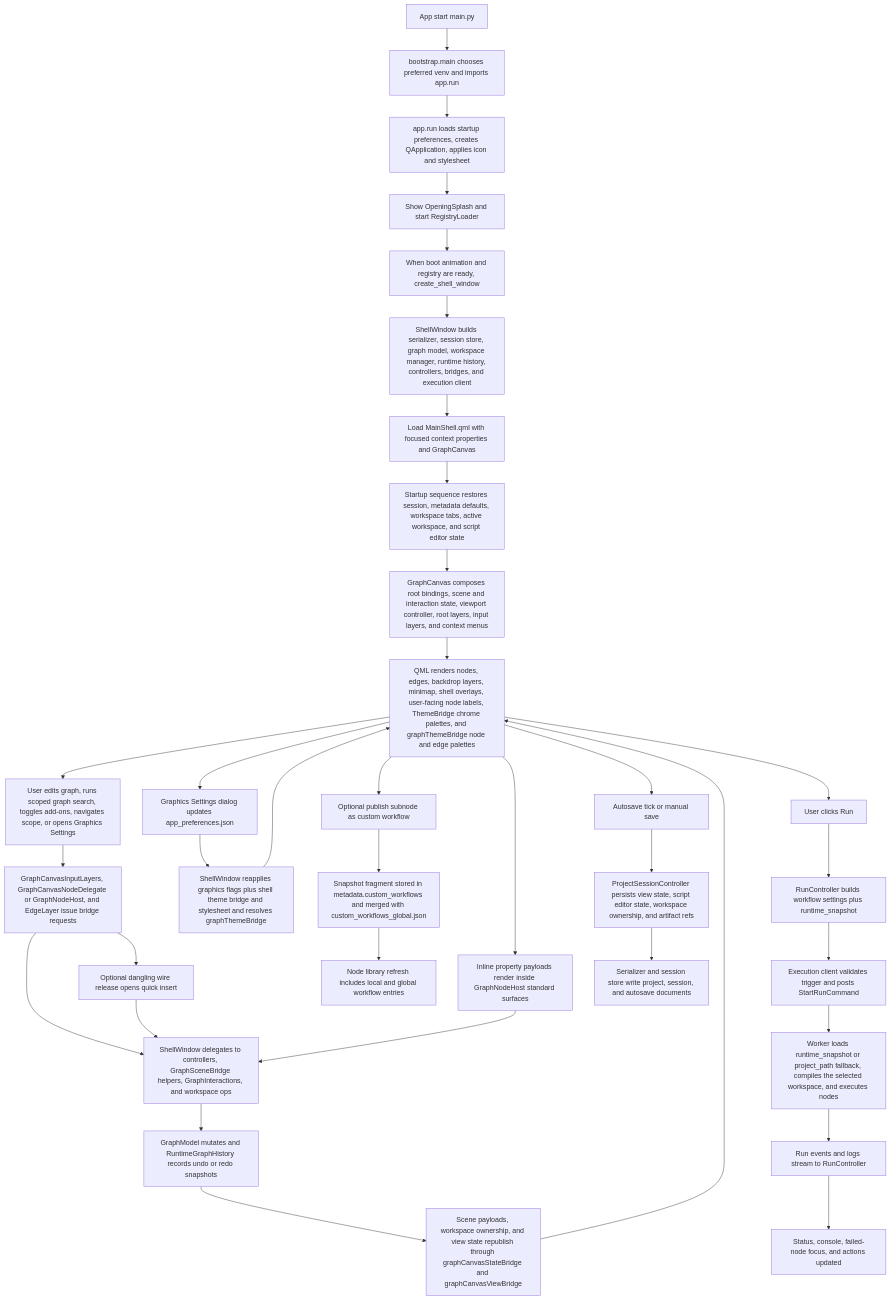
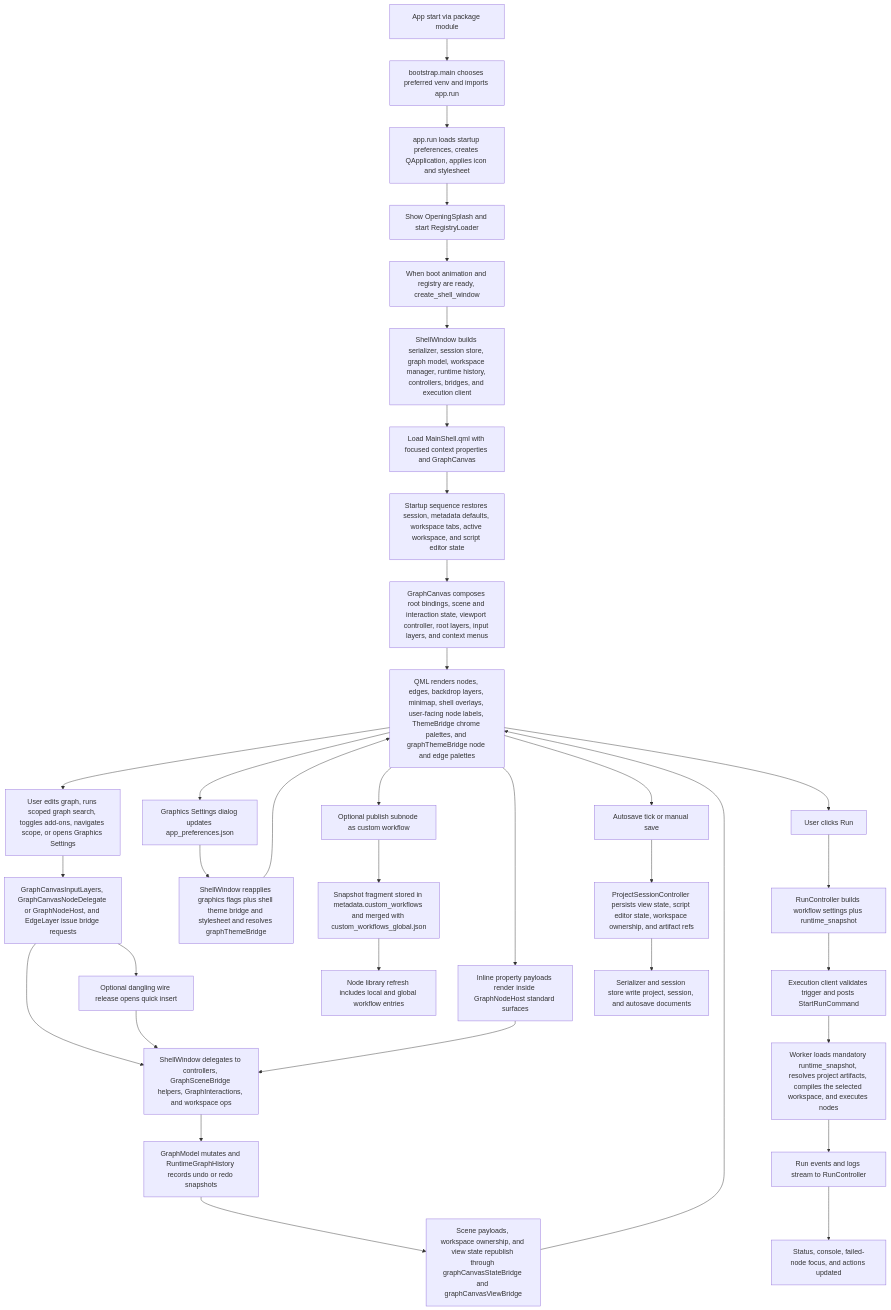
One commit to emreatay993/EA_Node changed the second of 3 diagrams in ARCHITECTURE.md. Above: the diagram before and after it, drawn with Mermaid. The commit also changed other lines of this file and 14 other files, not shown here.

Commit message:
Close out no-legacy architecture traceability docs

````diff
--- a/ARCHITECTURE.md
+++ b/ARCHITECTURE.md
@@ -317,43 +318,43 @@
 ```mermaid
 flowchart TD
-    A[App start main.py] --> B[bootstrap.main chooses preferred venv and imports app.run]
+    A[App start via package module] --> B[bootstrap.main chooses preferred venv and imports app.run]
     B --> C[app.run loads startup preferences, creates QApplication, applies icon and stylesheet]
     C --> D[Show OpeningSplash and start RegistryLoader]
     D --> E[When boot animation and registry are ready, create_shell_window]
     E --> F[ShellWindow builds serializer, session store, graph model, workspace manager, runtime history, controllers, bridges, and execution client]
     F --> G[Load MainShell.qml with focused context properties and GraphCanvas]
     G --> H[Startup sequence restores session, metadata defaults, workspace tabs, active workspace, and script editor state]
     H --> I[GraphCanvas composes root bindings, scene and interaction state, viewport controller, root layers, input layers, and context menus]
     I --> J[QML renders nodes, edges, backdrop layers, minimap, shell overlays, user-facing node labels, ThemeBridge chrome palettes, and graphThemeBridge node and edge palettes]
 
     J --> K[User edits graph, runs scoped graph search, toggles add-ons, navigates scope, or opens Graphics Settings]
     K --> L[GraphCanvasInputLayers, GraphCanvasNodeDelegate or GraphNodeHost, and EdgeLayer issue bridge requests]
     L --> M[ShellWindow delegates to controllers, GraphSceneBridge helpers, GraphInteractions, and workspace ops]
     L --> MQ[Optional dangling wire release opens quick insert]
     MQ --> M
     M --> N[GraphModel mutates and RuntimeGraphHistory records undo or redo snapshots]
     N --> O[Scene payloads, workspace ownership, and view state republish through graphCanvasStateBridge and graphCanvasViewBridge]
     O --> J
 
     J --> GP[Graphics Settings dialog updates app_preferences.json]
     GP --> GQ[ShellWindow reapplies graphics flags plus shell theme bridge and stylesheet and resolves graphThemeBridge]
     GQ --> J
 
     J --> R[Inline property payloads render inside GraphNodeHost standard surfaces]
     R --> M
 
     J --> S[Optional publish subnode as custom workflow]
     S --> T[Snapshot fragment stored in metadata.custom_workflows and merged with custom_workflows_global.json]
     T --> U[Node library refresh includes local and global workflow entries]
 
     J --> V[User clicks Run]
     V --> W[RunController builds workflow settings plus runtime_snapshot]
     W --> X[Execution client validates trigger and posts StartRunCommand]
-    X --> Y[Worker loads runtime_snapshot or project_path fallback, compiles the selected workspace, and executes nodes]
+    X --> Y[Worker loads mandatory runtime_snapshot, resolves project artifacts, compiles the selected workspace, and executes nodes]
     Y --> Z[Run events and logs stream to RunController]
     Z --> ZA[Status, console, failed-node focus, and actions updated]
 
     J --> ZB[Autosave tick or manual save]
     ZB --> ZC[ProjectSessionController persists view state, script editor state, workspace ownership, and artifact refs]
     ZC --> ZD[Serializer and session store write project, session, and autosave documents]
 ```
````
